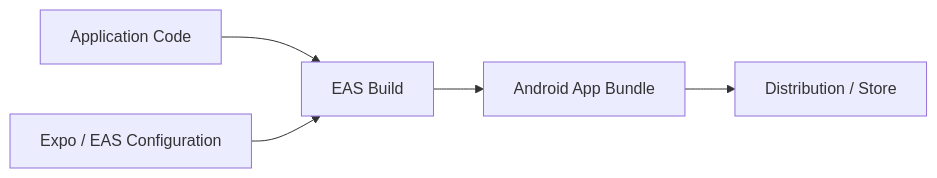
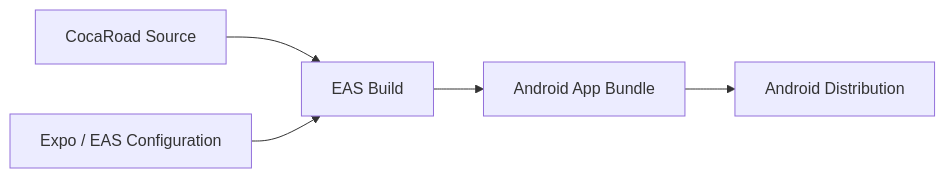
The third of 3 diagrams in README.md (wolcken/CocaRoad-Case-Study), drawn with Mermaid before and after one commit. The commit also changed other lines of this file, not shown here.

First line of the commit message:
Revise README for CocaRoad modernization details

````diff
--- a/README.md
+++ b/README.md
@@ -383,14 +478,14 @@
 ```mermaid
 flowchart LR
 
-    CODE["Application Code"]
+    CODE["CocaRoad Source"]
     CONFIG["Expo / EAS Configuration"]
     BUILD["EAS Build"]
     AAB["Android App Bundle"]
-    RELEASE["Distribution / Store"]
+    RELEASE["Android Distribution"]
 
     CODE --> BUILD
     CONFIG --> BUILD
     BUILD --> AAB
     AAB --> RELEASE
 ```
````
